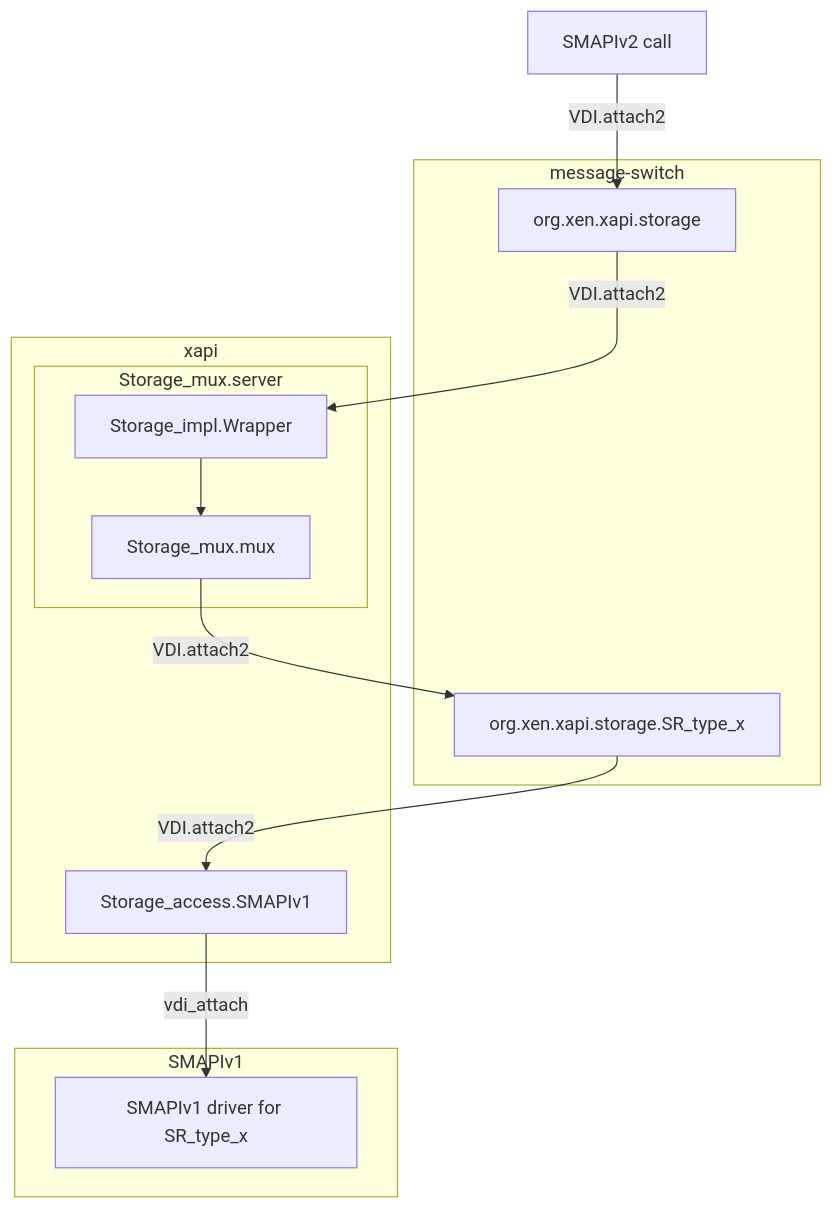
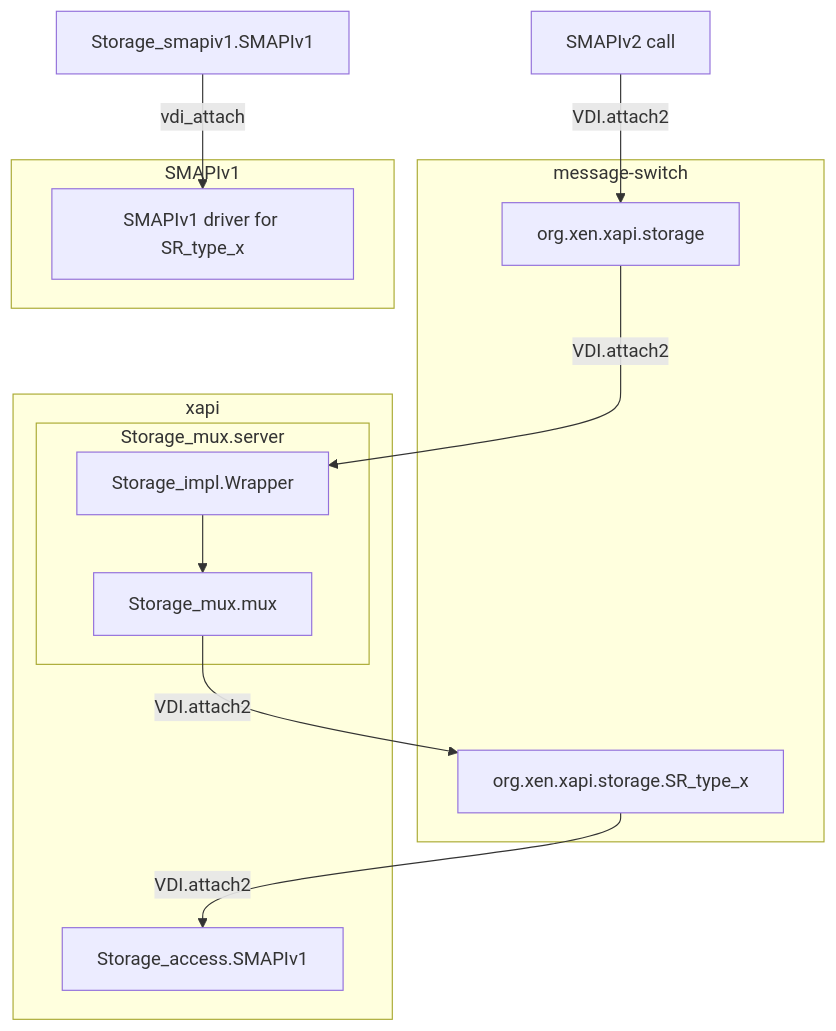
One commit to xapi-project/xen-api changed the third of 5 diagrams in doc/content/xapi/storage/_index.md. Above: the diagram before and after it, drawn with Mermaid. The commit also changed other lines of this file, not shown here.

First line of the commit message:
doc: Update mermaid

````diff
--- a/doc/content/xapi/storage/_index.md
+++ b/doc/content/xapi/storage/_index.md
@@ -141,28 +141,28 @@
-{{<mermaid>}}
+```mermaid
 graph TD
 
 call[SMAPIv2 call] --VDI.attach2--> org.xen.xapi.storage
 
 subgraph message-switch
 org.xen.xapi.storage
 org.xen.xapi.storage.SR_type_x
 end
 
 org.xen.xapi.storage --VDI.attach2--> Storage_impl.Wrapper
 
 subgraph xapi
 subgraph Storage_mux.server
 Storage_impl.Wrapper --> Storage_mux.mux
 end
 Storage_access.SMAPIv1
 end
 
 Storage_mux.mux --VDI.attach2--> org.xen.xapi.storage.SR_type_x
 org.xen.xapi.storage.SR_type_x --VDI.attach2--> Storage_access.SMAPIv1
 
 subgraph SMAPIv1
 driver_x[SMAPIv1 driver for SR_type_x]
 end
 
-Storage_access.SMAPIv1 --vdi_attach--> driver_x
-{{< /mermaid >}}
+Storage_smapiv1.SMAPIv1 --vdi_attach--> driver_x
+```
````
